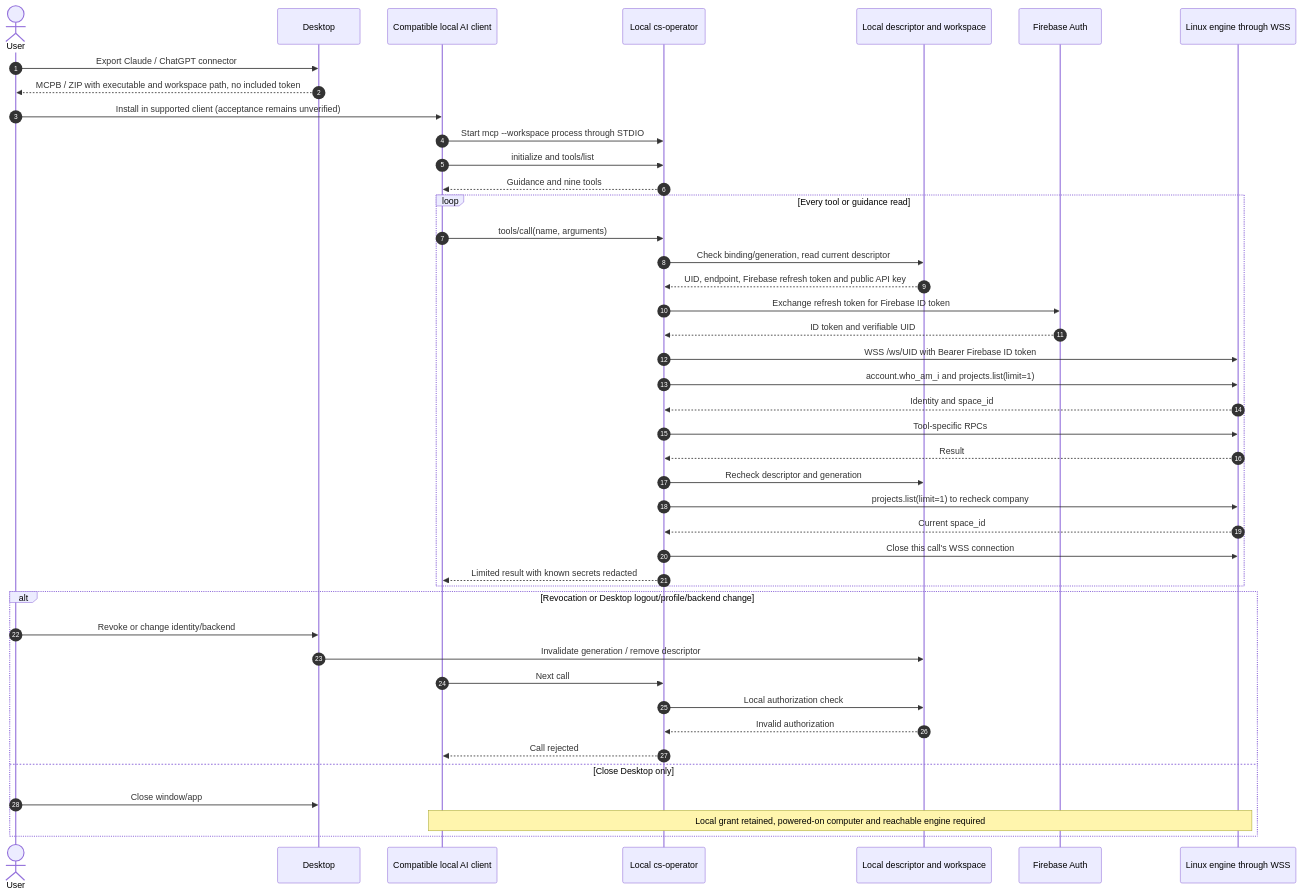
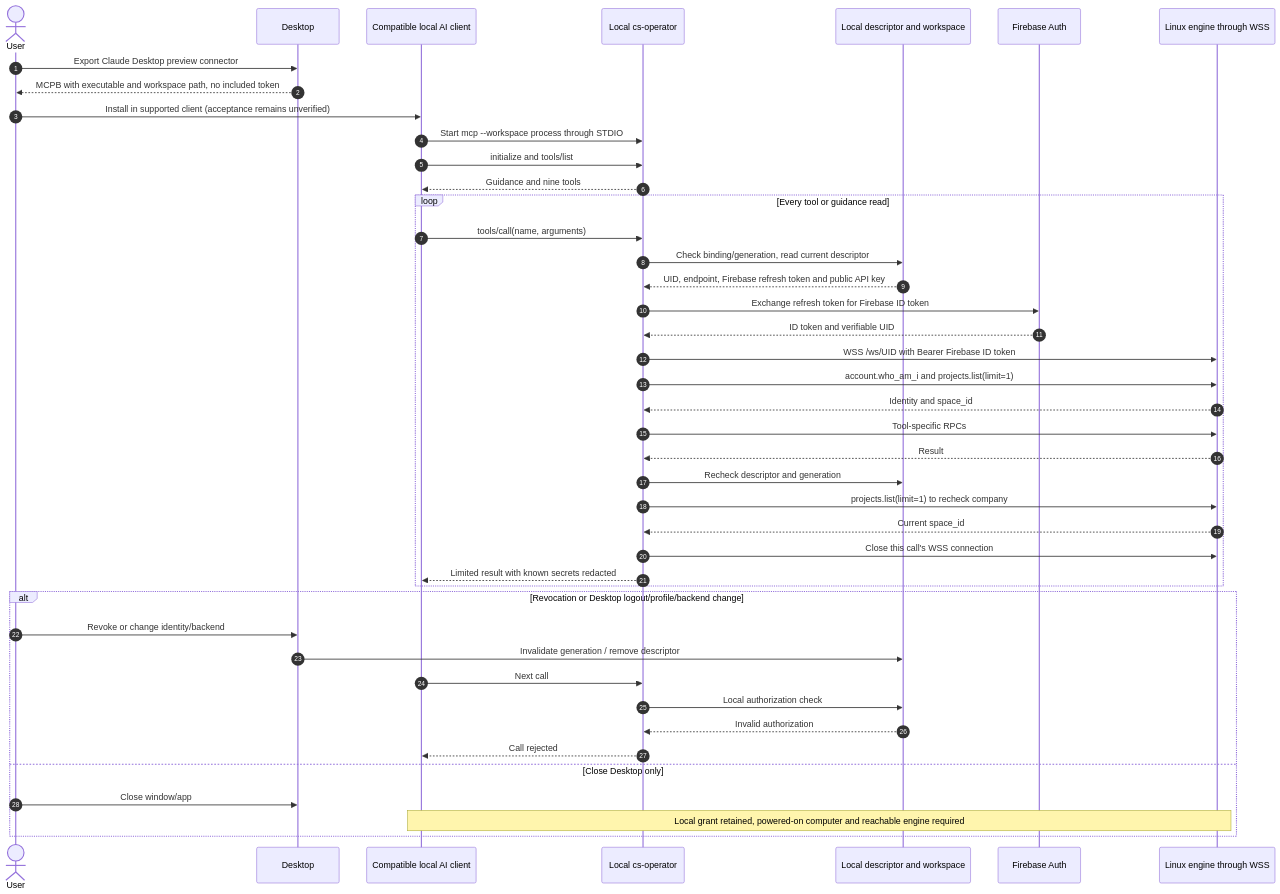
Before and after one commit to hahnbanach/mrcall-desktop: the second of 2 diagrams in docs/operator-data-flows/local-connector.md, drawn with Mermaid. The commit also changed other lines of this file and 8 other files, not shown here.

````diff
--- a/docs/operator-data-flows/local-connector.md
+++ b/docs/operator-data-flows/local-connector.md
@@ -64,45 +64,45 @@
 ```mermaid
 sequenceDiagram
 autonumber
 actor U as User
 participant D as Desktop
 participant C as Compatible local AI client
 participant H as Local cs-operator
 participant W as Local descriptor and workspace
 participant F as Firebase Auth
 participant E as Linux engine through WSS
-U->>D: Export Claude / ChatGPT connector
-D-->>U: MCPB / ZIP with executable and workspace path, no included token
+U->>D: Export Claude Desktop preview connector
+D-->>U: MCPB with executable and workspace path, no included token
 U->>C: Install in supported client (acceptance remains unverified)
 C->>H: Start mcp --workspace process through STDIO
 C->>H: initialize and tools/list
 H-->>C: Guidance and nine tools
 loop Every tool or guidance read
 C->>H: tools/call(name, arguments)
 H->>W: Check binding/generation, read current descriptor
 W-->>H: UID, endpoint, Firebase refresh token and public API key
 H->>F: Exchange refresh token for Firebase ID token
 F-->>H: ID token and verifiable UID
 H->>E: WSS /ws/UID with Bearer Firebase ID token
 H->>E: account.who_am_i and projects.list(limit=1)
 E-->>H: Identity and space_id
 H->>E: Tool-specific RPCs
 E-->>H: Result
 H->>W: Recheck descriptor and generation
 H->>E: projects.list(limit=1) to recheck company
 E-->>H: Current space_id
 H->>E: Close this call's WSS connection
 H-->>C: Limited result with known secrets redacted
 end
 alt Revocation or Desktop logout/profile/backend change
 U->>D: Revoke or change identity/backend
 D->>W: Invalidate generation / remove descriptor
 C->>H: Next call
 H->>W: Local authorization check
 W-->>H: Invalid authorization
 H-->>C: Call rejected
 else Close Desktop only
 U->>D: Close window/app
 Note over C,E: Local grant retained, powered-on computer and reachable engine required
 end
 ```
````
